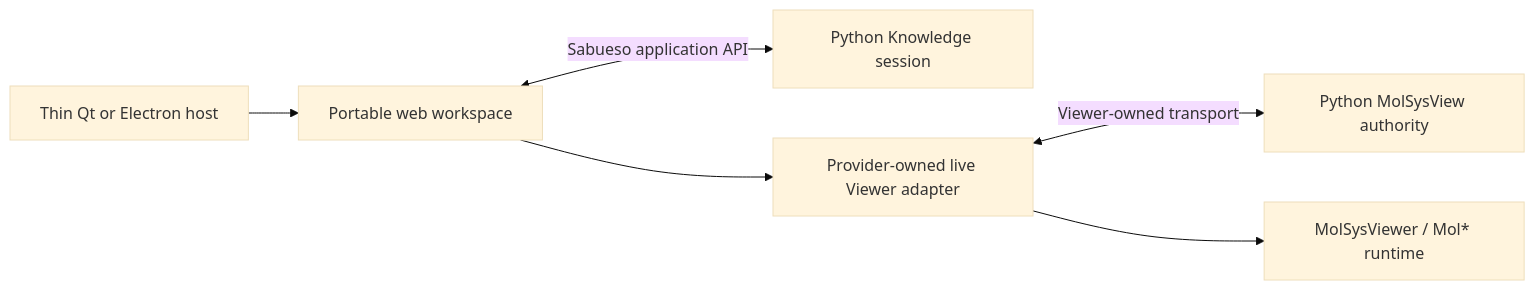
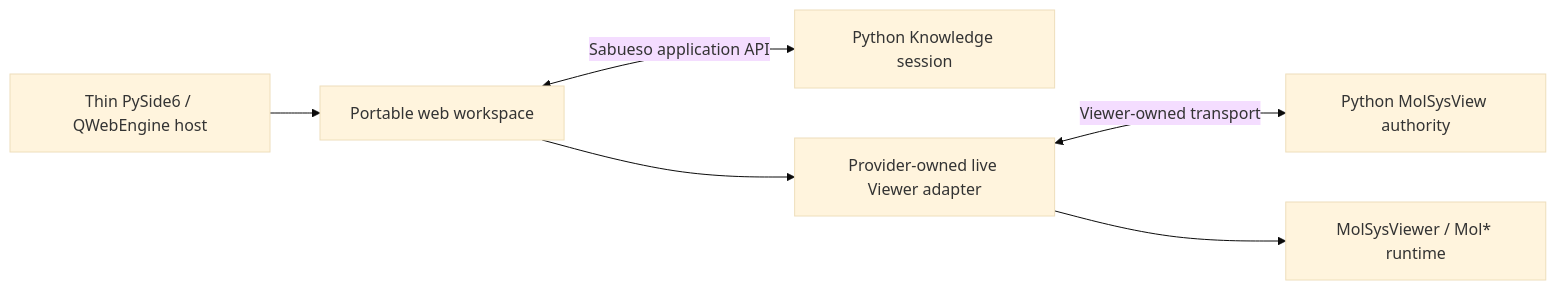
One commit to uibcdf/sabueso changed the diagram in devguide/pending_proposals/standalone_infrastructure_0160.md. Above: the diagram before and after it, drawn with Mermaid (base theme). The commit also changed other lines of this file and 20 other files, not shown here.

First line of the commit message:
Select Qt for 0.16 and record graphics and scale controls [skip ci]

````diff
--- a/devguide/pending_proposals/standalone_infrastructure_0160.md
+++ b/devguide/pending_proposals/standalone_infrastructure_0160.md
@@ -225,8 +239,8 @@
 ```mermaid
 flowchart LR
-    H["Thin Qt or Electron host"] --> UI["Portable web workspace"]
+    H["Thin PySide6 / QWebEngine host"] --> UI["Portable web workspace"]
     UI <-->|"Sabueso application API"| K["Python Knowledge session"]
     UI --> V["Provider-owned live Viewer adapter"]
     V <-->|"Viewer-owned transport"| P["Python MolSysView authority"]
     V --> M["MolSysViewer / Mol* runtime"]
 ```
````
